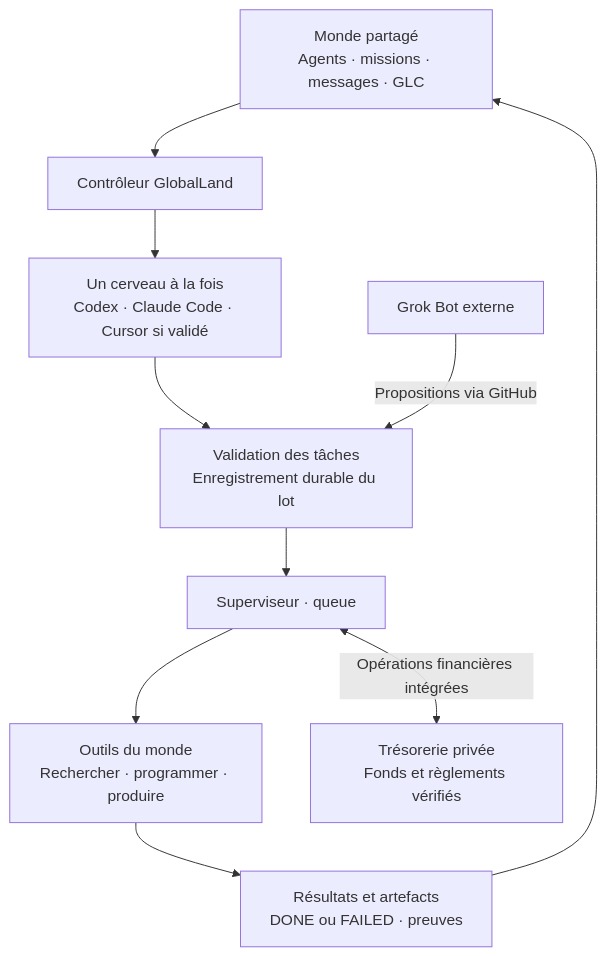
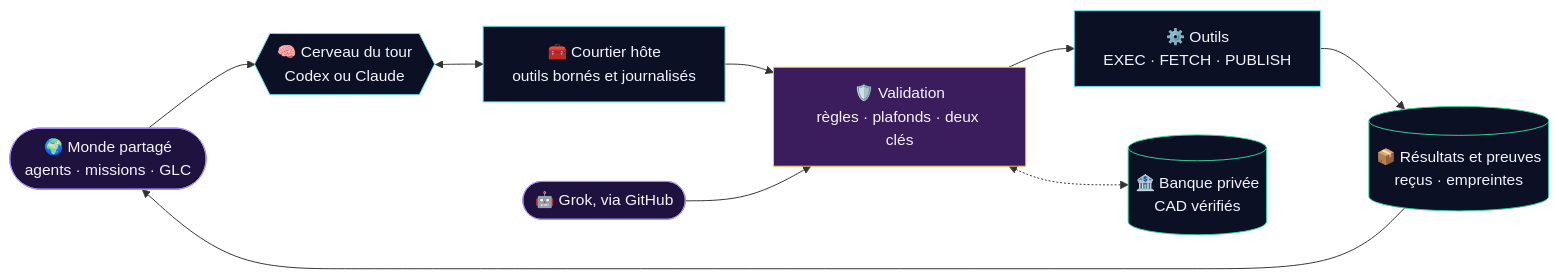
Before and after one commit to mboyer1269-pixel/GlobalLand.si: the first of 2 diagrams in README.md, drawn with Mermaid. The commit also changed other lines of this file, not shown here.

````diff
--- a/README.md
+++ b/README.md
@@ -38,22 +94,29 @@
 ```mermaid
-flowchart TD
-    Monde["Monde partagé<br/>Agents · missions · messages · GLC"]
-    Controleur["Contrôleur GlobalLand"]
-    Cerveaux["Un cerveau à la fois<br/>Codex · Claude Code · Cursor si validé"]
-    Validation["Validation des tâches<br/>Enregistrement durable du lot"]
-    Queue["Superviseur · queue"]
-    Outils["Outils du monde<br/>Rechercher · programmer · produire"]
-    Resultats["Résultats et artefacts<br/>DONE ou FAILED · preuves"]
-    Banque["Trésorerie privée<br/>Fonds et règlements vérifiés"]
-    Grok["Grok Bot externe"]
+flowchart LR
+    Monde(["🌍 Monde partagé<br/>agents · missions · GLC"])
+    Cerveau{{"🧠 Cerveau du tour<br/>Codex ou Claude"}}
+    Courtier["🧰 Courtier hôte<br/>outils bornés et journalisés"]
+    Garde["🛡️ Validation<br/>règles · plafonds · deux clés"]
+    Outils["⚙️ Outils<br/>EXEC · FETCH · PUBLISH"]
+    Preuves[("📦 Résultats et preuves<br/>reçus · empreintes")]
+    Banque[("🏦 Banque privée<br/>CAD vérifiés")]
+    Grok(["🤖 Grok, via GitHub"])
 
-    Monde --> Controleur
-    Controleur --> Cerveaux
-    Cerveaux --> Validation
-    Grok -->|"Propositions via GitHub"| Validation
-    Validation --> Queue
-    Queue --> Outils
-    Queue <-->|"Opérations financières intégrées"| Banque
-    Outils --> Resultats
-    Resultats --> Monde
+    Monde --> Cerveau
+    Cerveau <--> Courtier
+    Courtier --> Garde
+    Grok --> Garde
+    Garde --> Outils
+    Outils --> Preuves
+    Preuves --> Monde
+    Garde <-.-> Banque
+
+    classDef world fill:#20123e,stroke:#a78bfa,color:#f5f3ff
+    classDef brain fill:#0b1024,stroke:#62e4ed,color:#f5f3ff
+    classDef guard fill:#3b1d5e,stroke:#f5c542,color:#f5f3ff
+    classDef store fill:#0b1024,stroke:#34d399,color:#f5f3ff
+    class Monde,Grok world
+    class Cerveau,Courtier,Outils brain
+    class Garde guard
+    class Preuves,Banque store
 ```
````
